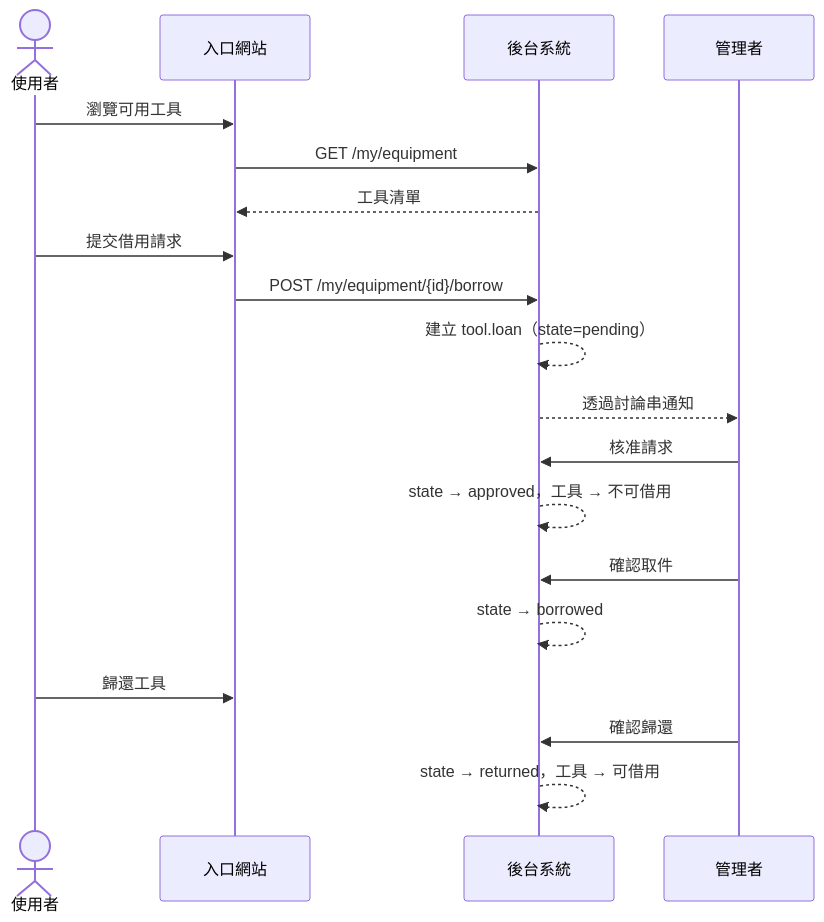
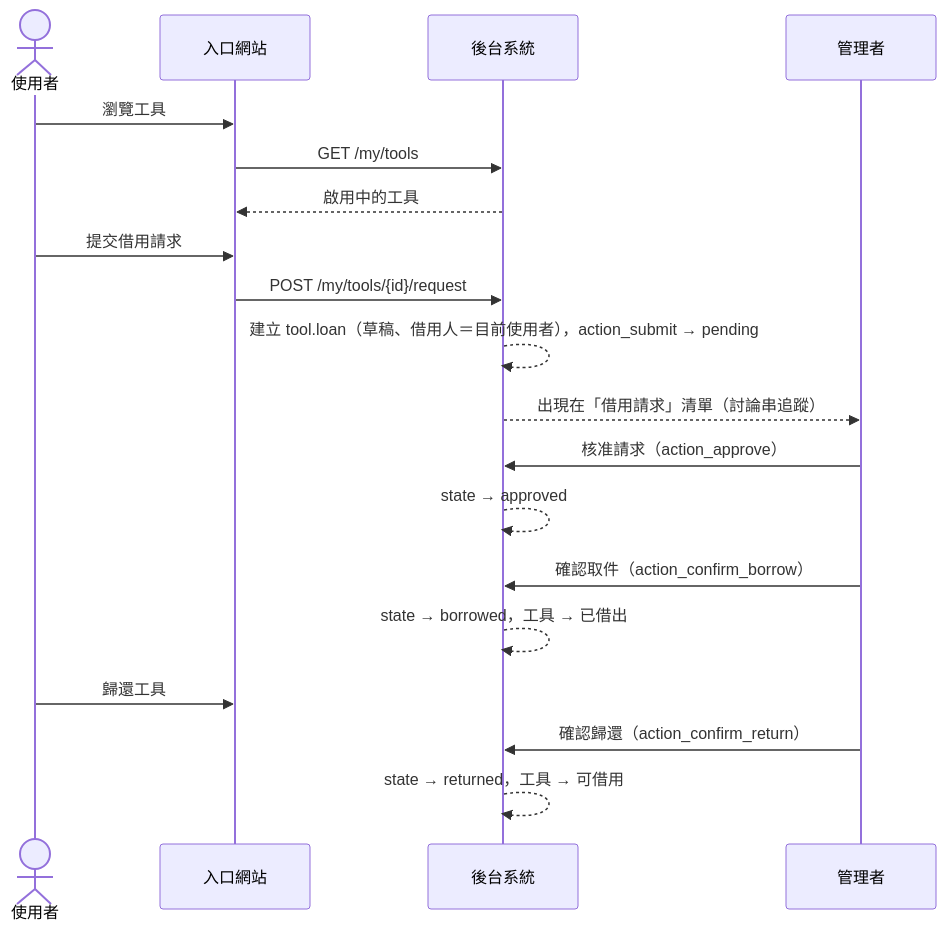
One commit to WOOWTECH/Odoo_tool-device_borrow changed the third of 3 diagrams in README_zh_TW.md. Above: the diagram before and after it, drawn with Mermaid. The commit also changed other lines of this file and 20 other files, not shown here.

````diff
--- a/README_zh_TW.md
+++ b/README_zh_TW.md
@@ -168,22 +173,22 @@
 ```mermaid
 sequenceDiagram
     actor 使用者
     participant 入口網站
     participant 後台系統
     participant 管理者
 
-    使用者->>入口網站: 瀏覽可用工具
-    入口網站->>後台系統: GET /my/equipment
-    後台系統-->>入口網站: 工具清單
+    使用者->>入口網站: 瀏覽工具
+    入口網站->>後台系統: GET /my/tools
+    後台系統-->>入口網站: 啟用中的工具
     使用者->>入口網站: 提交借用請求
-    入口網站->>後台系統: POST /my/equipment/{id}/borrow
-    後台系統-->>後台系統: 建立 tool.loan（state=pending）
-    後台系統-->>管理者: 透過討論串通知
-    管理者->>後台系統: 核准請求
-    後台系統-->>後台系統: state → approved，工具 → 不可借用
-    管理者->>後台系統: 確認取件
-    後台系統-->>後台系統: state → borrowed
+    入口網站->>後台系統: POST /my/tools/{id}/request
+    後台系統-->>後台系統: 建立 tool.loan（草稿、借用人＝目前使用者），action_submit → pending
+    後台系統-->>管理者: 出現在「借用請求」清單（討論串追蹤）
+    管理者->>後台系統: 核准請求（action_approve）
+    後台系統-->>後台系統: state → approved
+    管理者->>後台系統: 確認取件（action_confirm_borrow）
+    後台系統-->>後台系統: state → borrowed，工具 → 已借出
     使用者->>入口網站: 歸還工具
-    管理者->>後台系統: 確認歸還
+    管理者->>後台系統: 確認歸還（action_confirm_return）
     後台系統-->>後台系統: state → returned，工具 → 可借用
 ```
````
